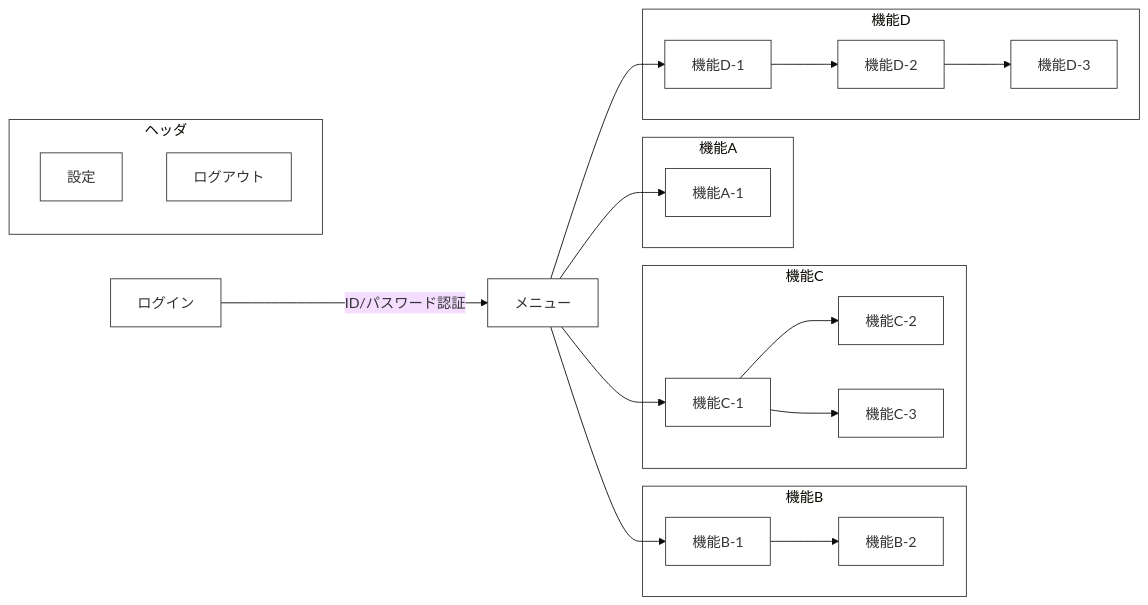
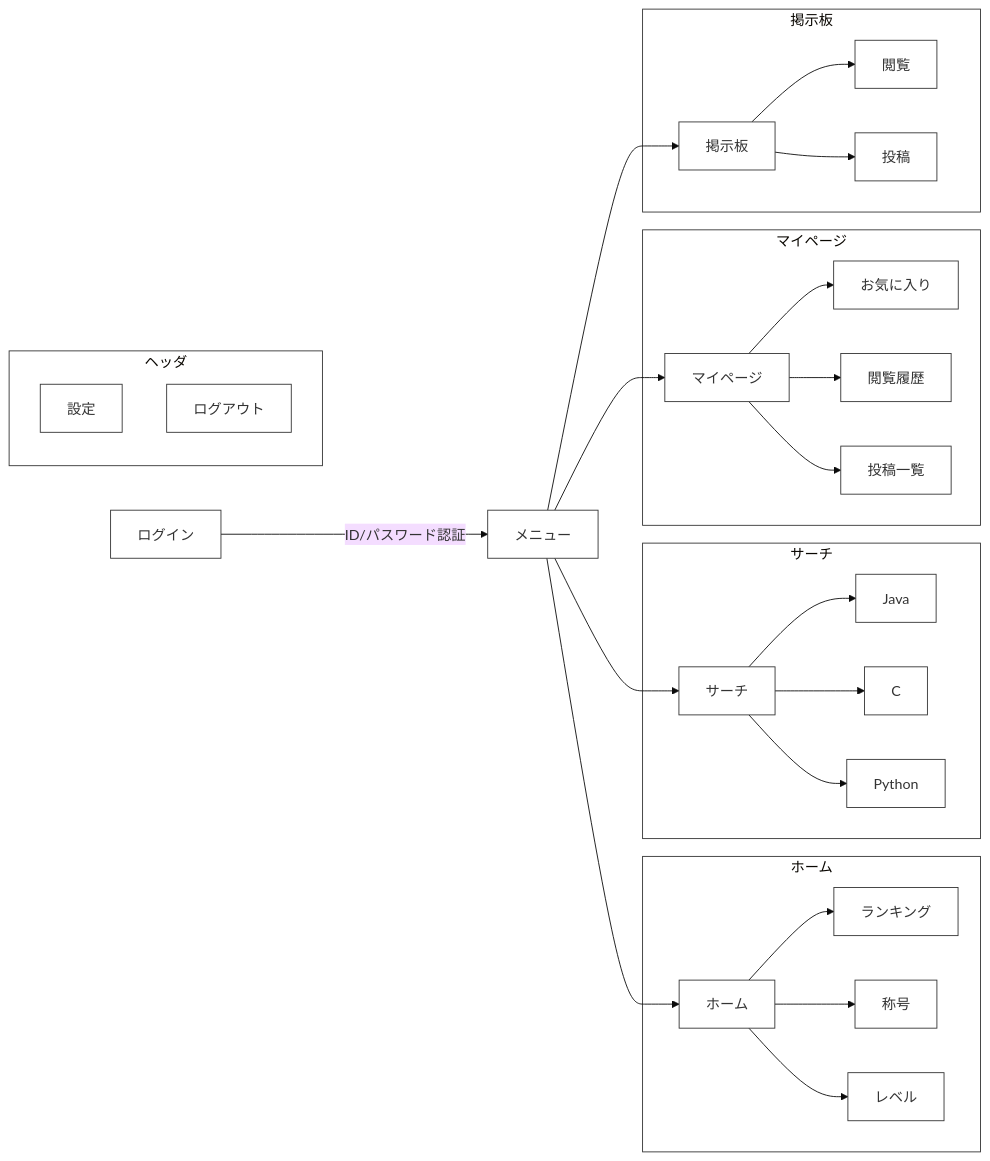
The diagram in Flowchart.md (KimuraRyunosuke/CodeLeader), drawn with Mermaid (base theme) before and after one commit.

Commit message:
アプリのフローチャートを書いた

````diff
--- a/Flowchart.md
+++ b/Flowchart.md
@@ -1,39 +1,45 @@
 ```mermaid
     graph LR
 
   classDef default fill: #fff,stroke: #333,stroke-width: 1px;
   style funcA fill: #fff,stroke: #333,stroke-width: 1px;
   style funcB fill: #fff,stroke: #333,stroke-width: 1px;
   style funcC fill: #fff,stroke: #333,stroke-width: 1px;
   style funcD fill: #fff,stroke: #333,stroke-width: 1px;
   style header fill: #fff,stroke: #333,stroke-width: 1px;
 
   ログイン--ID/パスワード認証-->メニュー
 
-  メニュー-->機能A-1
-  メニュー-->機能B-1
-  メニュー-->機能C-1
-  メニュー-->機能D-1
+  メニュー-->ホーム
+  メニュー-->サーチ
+  メニュー-->マイページ
+  メニュー-->掲示板
 
-  subgraph funcA [機能A]
-    機能A-1
+  subgraph funcA [ホーム]
+    ホーム-->ランキング
+    ホーム-->称号
+    ホーム-->レベル
   end
 
-  subgraph funcB [機能B]
-    機能B-1-->機能B-2
+  subgraph funcB [サーチ]
+    サーチ-->Java
+    サーチ-->C
+    サーチ-->Python
   end
 
-  subgraph funcC [機能C]
-    機能C-1-->機能C-2
-    機能C-1-->機能C-3
+  subgraph funcC [マイページ]
+    マイページ-->お気に入り
+    マイページ-->閲覧履歴
+    マイページ-->投稿一覧
   end
 
-  subgraph funcD [機能D]
-    機能D-1-->機能D-2-->機能D-3
+  subgraph funcD [掲示板]
+    掲示板-->閲覧
+    掲示板-->投稿
   end
 
   subgraph header [ヘッダ]
     設定
     ログアウト
   end
 ```
````
